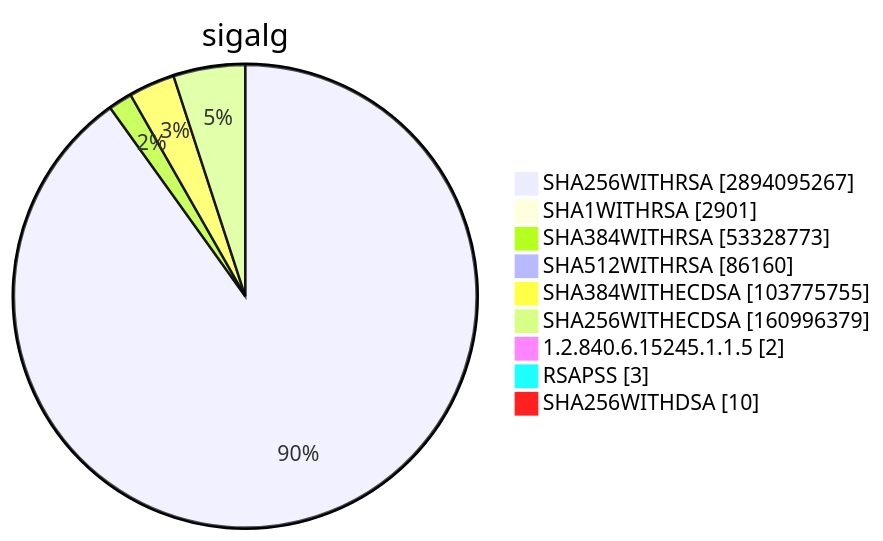
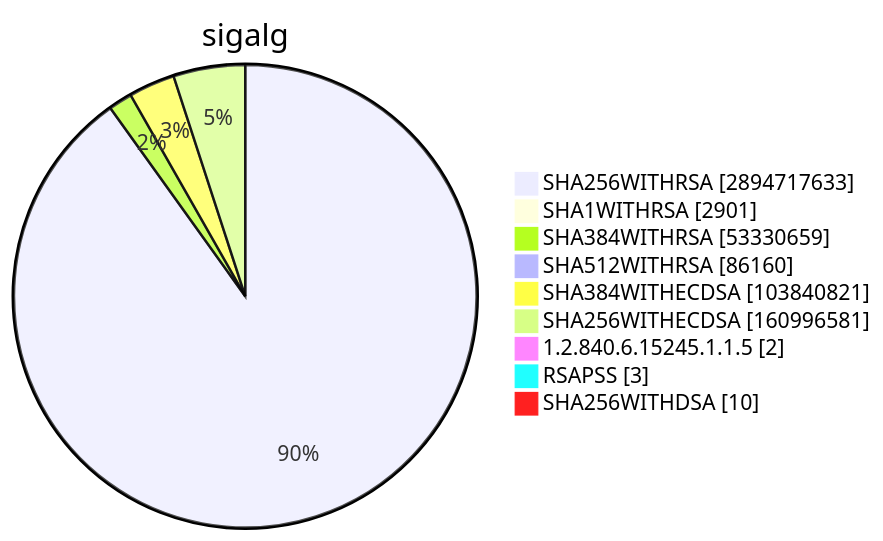
Diagram 15 of 15 in TOTAL/README.md (christiankrug/ctmonitor_visualization), drawn with Mermaid before and after one commit. The commit also changed other lines of this file, not shown here.

````diff
--- a/TOTAL/README.md
+++ b/TOTAL/README.md
@@ -6207,13 +6207,13 @@
 ```mermaid
 pie showData
 title sigalg
-"SHA256WITHRSA" :2894095267
+"SHA256WITHRSA" :2894717633
 "SHA1WITHRSA" :2901
-"SHA384WITHRSA" :53328773
+"SHA384WITHRSA" :53330659
 "SHA512WITHRSA" :86160
-"SHA384WITHECDSA" :103775755
-"SHA256WITHECDSA" :160996379
+"SHA384WITHECDSA" :103840821
+"SHA256WITHECDSA" :160996581
 "1.2.840.6.15245.1.1.5" :2
 "RSAPSS" :3
 "SHA256WITHDSA" :10
 ```
````
